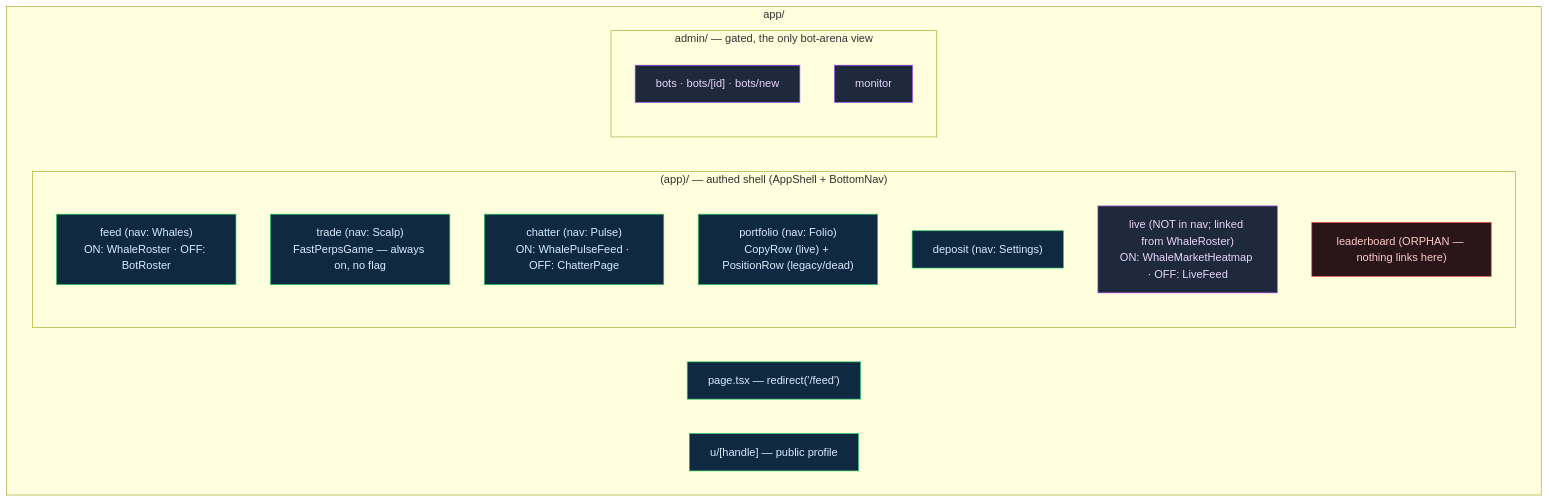
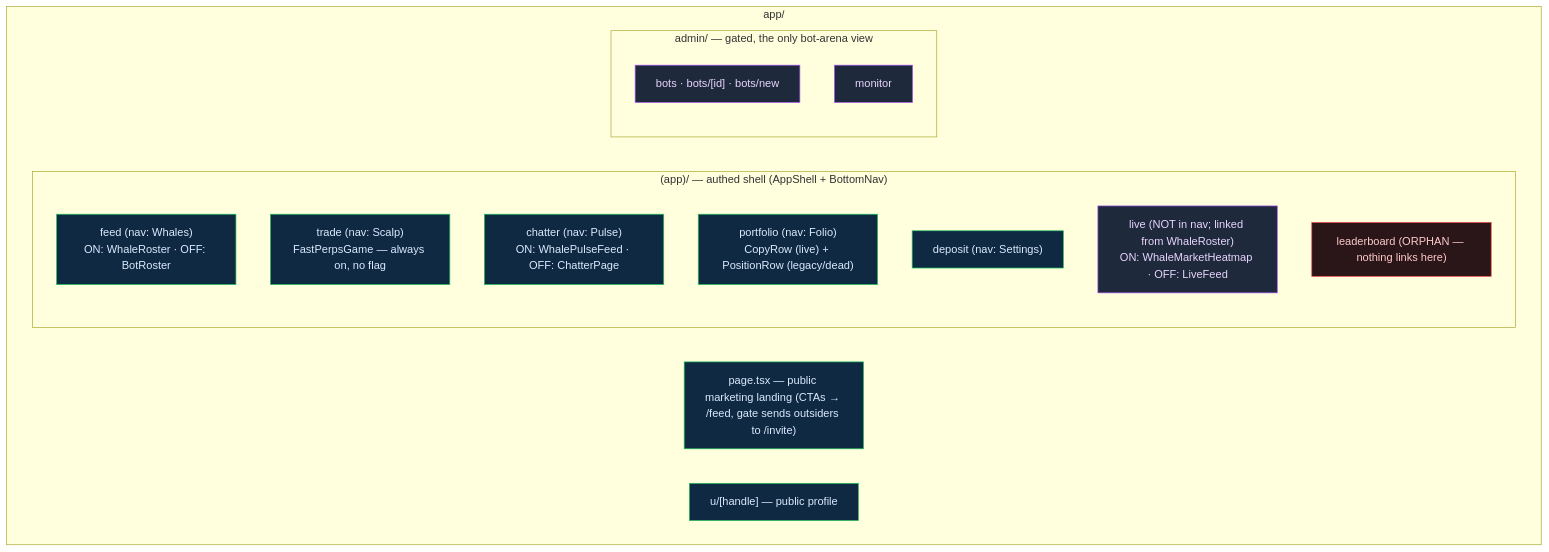
The fourth of 7 diagrams in docs/architecture.md (EchoWebLV/copy-perps), drawn with Mermaid before and after one commit. The commit also changed 131 other files, not shown here.

````diff
--- a/docs/architecture.md
+++ b/docs/architecture.md
@@ -288,27 +288,27 @@
 ```mermaid
 flowchart TB
     subgraph pages["app/"]
-        landing["page.tsx — redirect('/feed')"]
+        landing["page.tsx — public marketing landing (CTAs → /feed, gate sends outsiders to /invite)"]
         mobile["u/[handle] — public profile"]
         subgraph appgrp["(app)/ — authed shell (AppShell + BottomNav)"]
             feed["feed (nav: Whales)<br/>ON: WhaleRoster · OFF: BotRoster"]
             trade["trade (nav: Scalp)<br/>FastPerpsGame — always on, no flag"]
             chatter["chatter (nav: Pulse)<br/>ON: WhalePulseFeed · OFF: ChatterPage"]
             port["portfolio (nav: Folio)<br/>CopyRow (live) + PositionRow (legacy/dead)"]
             dep["deposit (nav: Settings)"]
             live["live (NOT in nav; linked from WhaleRoster)<br/>ON: WhaleMarketHeatmap · OFF: LiveFeed"]
             lb["leaderboard (ORPHAN — nothing links here)"]
         end
         subgraph admin["admin/ — gated, the only bot-arena view"]
             abots["bots · bots/[id] · bots/new"]
             amon["monitor"]
         end
     end
 
     classDef live2 fill:#0f2942,stroke:#22c55e,color:#dbeafe;
     classDef dark fill:#2a1518,stroke:#ef4444,color:#fecaca;
     classDef admin2 fill:#1e293b,stroke:#a855f7,color:#e9d5ff;
     class feed,trade,chatter,port,dep,landing,mobile live2;
     class lb dark;
     class abots,amon,live admin2;
 ```
````
